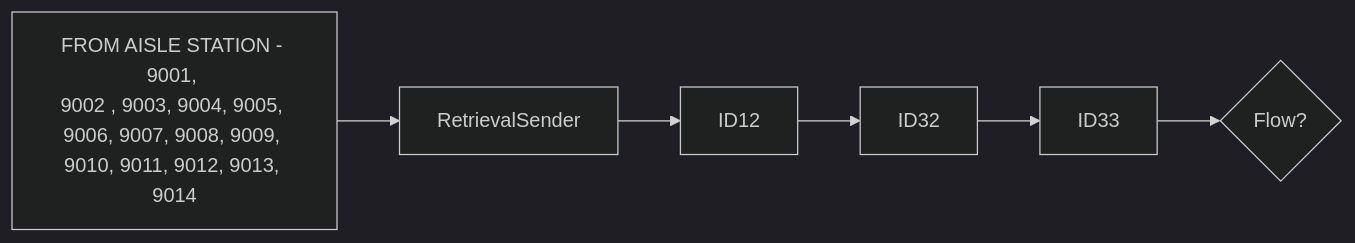
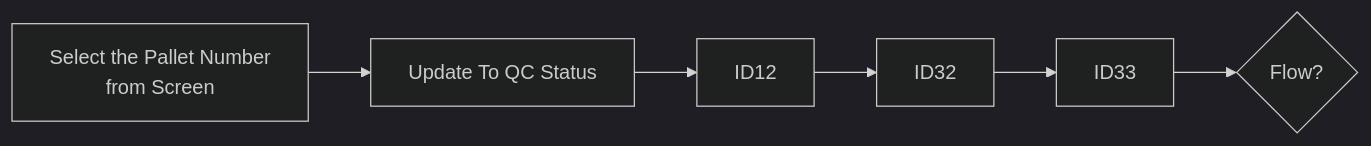
Before and after one commit to luthfiadityaa/SimeDarby-Wiki: the first of 17 diagrams in Basic-Design/DFD-WMS/Retrieval/QC-Setting/Update-QC-Status.md, drawn with Mermaid (dark theme).

Commit message:
Updated Update QC Status

```diff
--- a/Basic-Design/DFD-WMS/Retrieval/QC-Setting/Update-QC-Status.md
+++ b/Basic-Design/DFD-WMS/Retrieval/QC-Setting/Update-QC-Status.md
@@ -5,9 +5,6 @@
 ::: mermaid
 flowchart LR
 
-P1[FROM AISLE STATION - 9001, 
-9002 , 9003, 9004, 9005, 
-9006, 9007, 9008, 9009, 
-9010, 9011, 9012, 9013, 
-9014]-->P2[RetrievalSender]-->P21[ID12]-->P3[ID32]-->P4[ID33]-->Cond1{Flow?} 
+P1[Select the Pallet Number 
+from Screen]-->P2[Update To QC Status]-->P21[ID12]-->P3[ID32]-->P4[ID33]-->Cond1{Flow?} 
 :::
```
